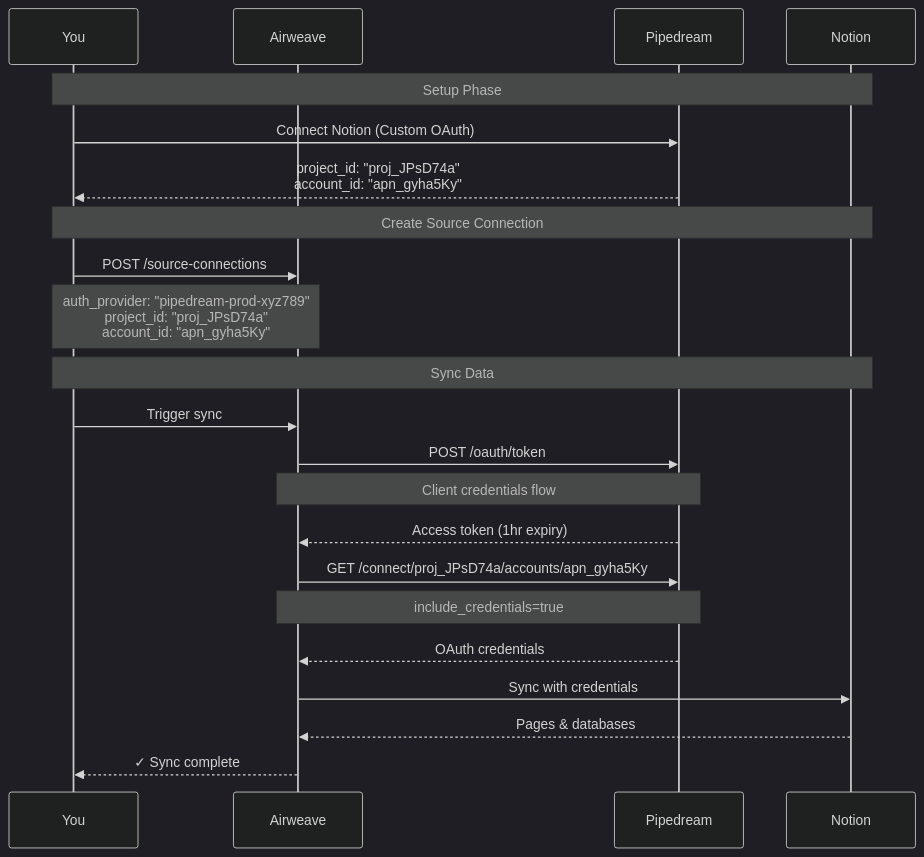
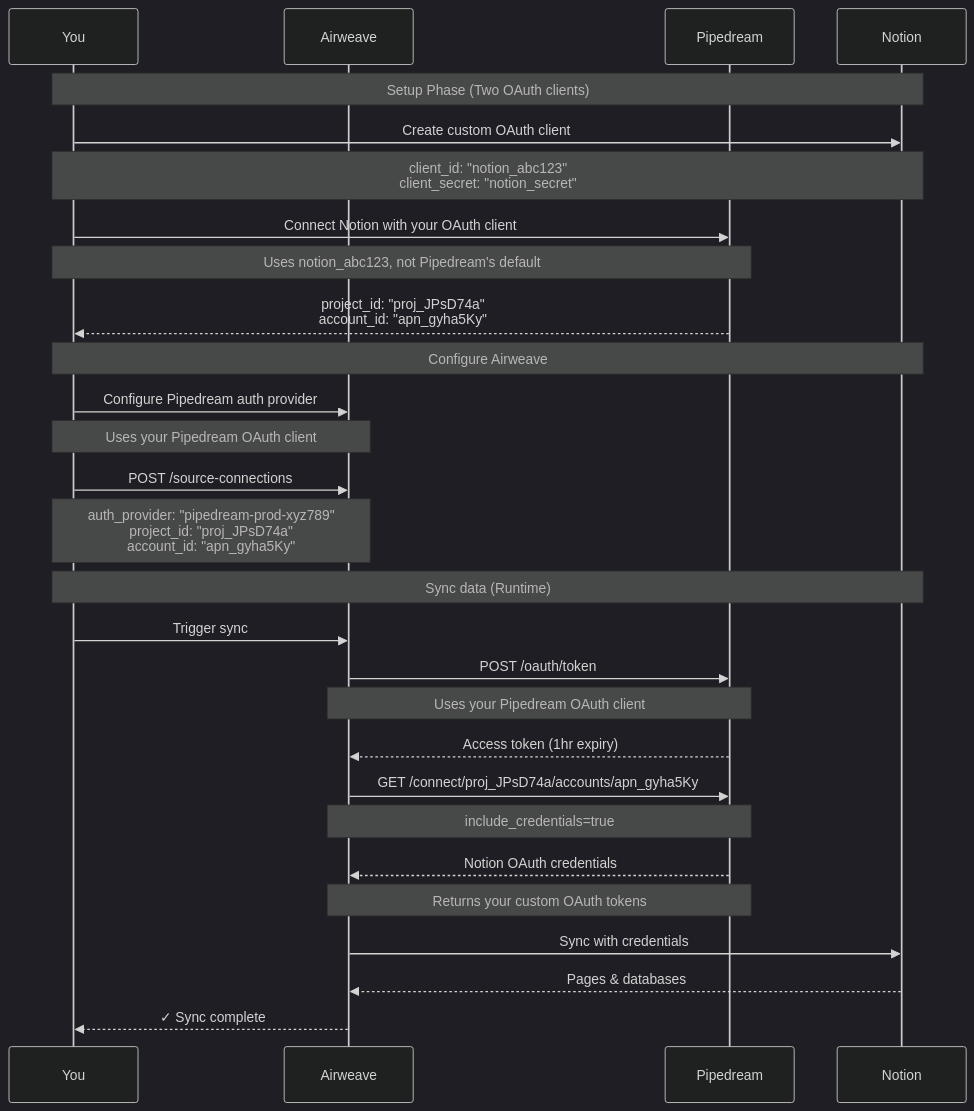
The diagram in fern/docs/pages/auth-providers/pipedream.mdx (zaurshamilov-bit/airweave), drawn with Mermaid (dark theme) before and after one commit. The commit also changed other lines of this file and 2 other files, not shown here.

Commit message:
fix(docs): make clearer with OAuth type is used with Pipedream

````diff
--- a/fern/docs/pages/auth-providers/pipedream.mdx
+++ b/fern/docs/pages/auth-providers/pipedream.mdx
@@ -135,27 +186,33 @@
 ```mermaid
 sequenceDiagram
     participant You
     participant Airweave
     participant Pipedream
     participant Notion
 
-    Note over You,Notion: Setup Phase
-    You->>Pipedream: Connect Notion (Custom OAuth)
+    Note over You,Notion: Setup Phase (Two OAuth clients)
+    You->>Notion: Create custom OAuth client
+    Note over You,Notion: client_id: "notion_abc123"<br/>client_secret: "notion_secret"
+    You->>Pipedream: Connect Notion with your OAuth client
+    Note over You,Pipedream: Uses notion_abc123, not Pipedream's default
     Pipedream-->>You: project_id: "proj_JPsD74a"<br/>account_id: "apn_gyha5Ky"
 
-    Note over You,Notion: Create Source Connection
+    Note over You,Notion: Configure Airweave
+    You->>Airweave: Configure Pipedream auth provider
+    Note over You,Airweave: Uses your Pipedream OAuth client
     You->>Airweave: POST /source-connections
     Note over You,Airweave: auth_provider: "pipedream-prod-xyz789"<br/>project_id: "proj_JPsD74a"<br/>account_id: "apn_gyha5Ky"
 
-    Note over You,Notion: Sync Data
+    Note over You,Notion: Sync data (Runtime)
     You->>Airweave: Trigger sync
     Airweave->>Pipedream: POST /oauth/token
-    Note over Airweave,Pipedream: Client credentials flow
+    Note over Airweave,Pipedream: Uses your Pipedream OAuth client
     Pipedream-->>Airweave: Access token (1hr expiry)
     Airweave->>Pipedream: GET /connect/proj_JPsD74a/accounts/apn_gyha5Ky
     Note over Airweave,Pipedream: include_credentials=true
-    Pipedream-->>Airweave: OAuth credentials
+    Pipedream-->>Airweave: Notion OAuth credentials
+    Note over Pipedream,Airweave: Returns your custom OAuth tokens
     Airweave->>Notion: Sync with credentials
     Notion-->>Airweave: Pages & databases
     Airweave-->>You: ✓ Sync complete
 ```
````
